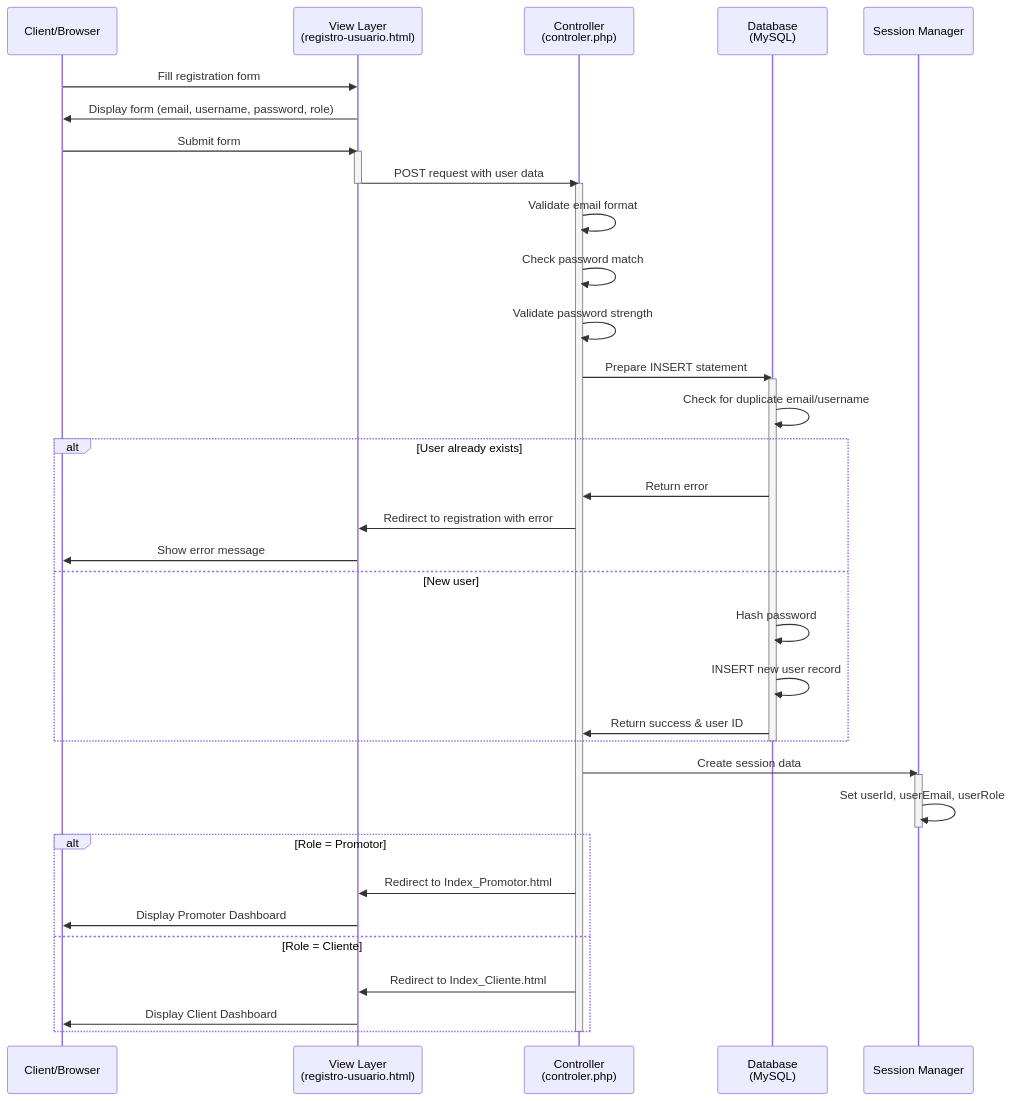
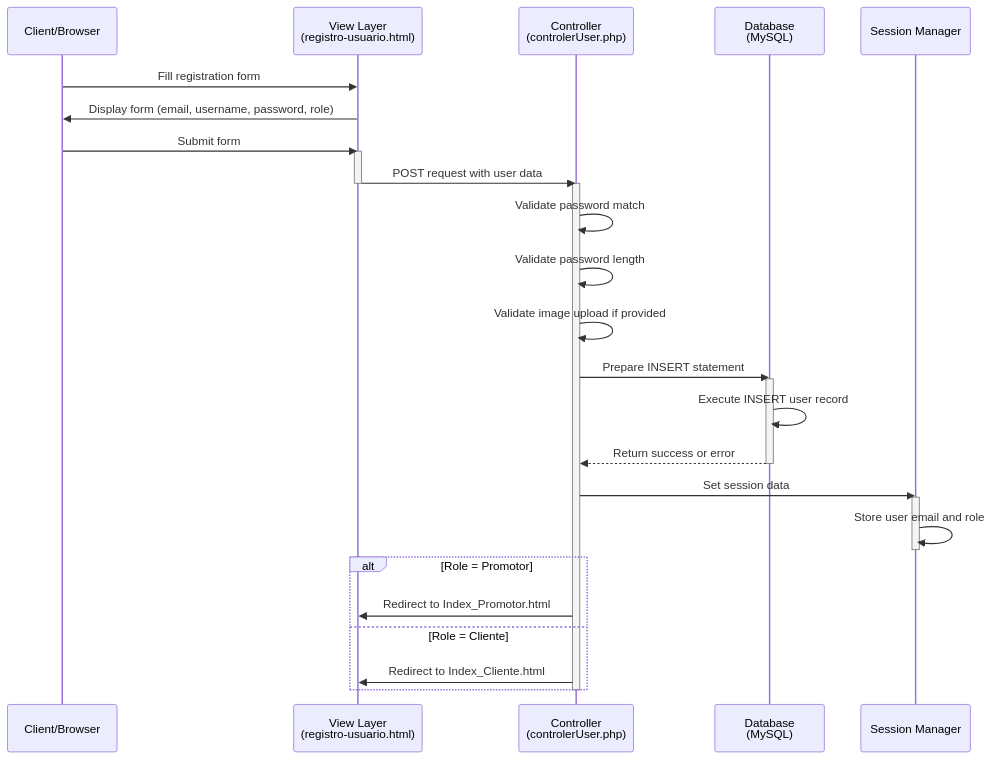
The second of 4 diagrams in README.md (JohnnyRib/Zentry), drawn with Mermaid before and after one commit. The commit also changed other lines of this file, not shown here.

````diff
--- a/README.md
+++ b/README.md
@@ -140,48 +111,38 @@
 ```mermaid
 sequenceDiagram
     participant Client as Client/Browser
     participant View as View Layer<br/>(registro-usuario.html)
-    participant Controller as Controller<br/>(controler.php)
+    participant Controller as Controller<br/>(controlerUser.php)
     participant Database as Database<br/>(MySQL)
     participant Session as Session Manager
 
     Client->>View: Fill registration form
     View->>Client: Display form (email, username, password, role)
     Client->>View: Submit form
     activate View
     View->>Controller: POST request with user data
     deactivate View
-    
+
     activate Controller
-    Controller->>Controller: Validate email format
-    Controller->>Controller: Check password match
-    Controller->>Controller: Validate password strength
-    
+    Controller->>Controller: Validate password match
+    Controller->>Controller: Validate password length
+    Controller->>Controller: Validate image upload if provided
+
     Controller->>Database: Prepare INSERT statement
     activate Database
-    Database->>Database: Check for duplicate email/username
-    alt User already exists
-        Database->>Controller: Return error
-        Controller->>View: Redirect to registration with error
-        View->>Client: Show error message
-    else New user
-        Database->>Database: Hash password
-        Database->>Database: INSERT new user record
-        Database->>Controller: Return success & user ID
-    end
+    Database->>Database: Execute INSERT user record
+    Database-->>Controller: Return success or error
     deactivate Database
-    
-    Controller->>Session: Create session data
+
+    Controller->>Session: Set session data
     activate Session
-    Session->>Session: Set userId, userEmail, userRole
+    Session->>Session: Store user email and role
     deactivate Session
-    
+
     alt Role = Promotor
         Controller->>View: Redirect to Index_Promotor.html
-        View->>Client: Display Promoter Dashboard
     else Role = Cliente
         Controller->>View: Redirect to Index_Cliente.html
-        View->>Client: Display Client Dashboard
     end
     deactivate Controller
 ```
````
